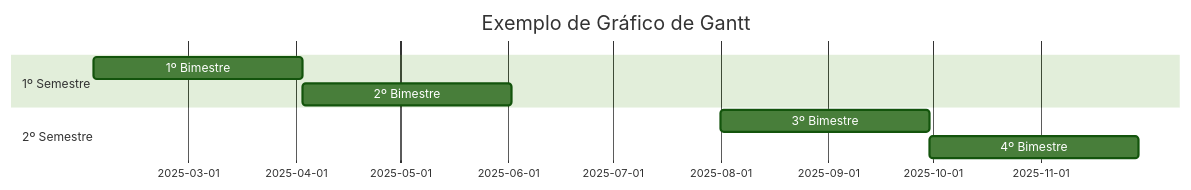
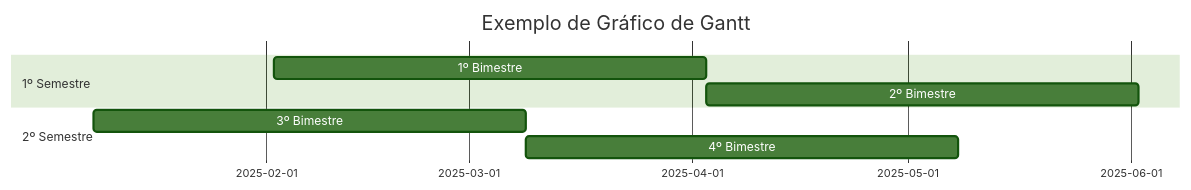
One commit to ramtrigodev/grafico_gant changed the first of 3 diagrams in README.md. Above: the diagram before and after it, drawn with Mermaid (forest theme).

````diff
--- a/README.md
+++ b/README.md
@@ -2,12 +2,12 @@
 ```mermaid
 gantt
     title Exemplo de Gráfico de Gantt
-    dateFormat  DD-MM-YYYY
+    dateFormat  YYYY-MM-DD
     section 1º Semestre
-    1º Bimestre :a1, 02-02-2025, 60d
+    1º Bimestre :a1, 2025-02-02, 60d
     2º Bimestre  :a2, after a1, 60d
     section  2º Semestre
    3º Bimestre :a3, 01-08-2025,60d
    4º Bimestre :a4, after a3,60d
   
 ```
````
